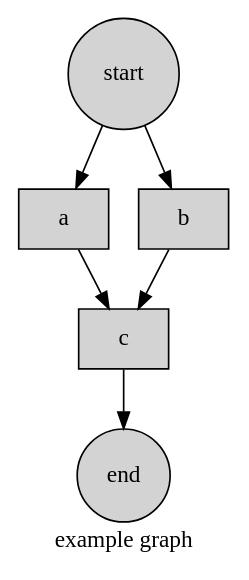
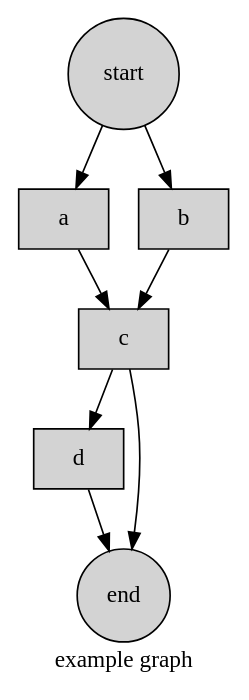
One commit to nmondal/flower changed the first of 3 diagrams in README.md. Above: the diagram before and after it, drawn with Graphviz. The commit also changed other lines of this file and 2 other files, not shown here.

````diff
--- a/README.md
+++ b/README.md
@@ -189,17 +224,20 @@
-```graphviz
+```dot
 digraph G {
 label = "example graph";
 node [style=filled, shape=rectangle]; 
 a;
 b;
 c;
+d;
 a -> c;
 b -> c;
+c -> d;
 start -> a;
 start -> b;
 c -> end;
+d -> end;
 start [shape=circle];
 end [shape=circle];
 }
 
 ```
````
